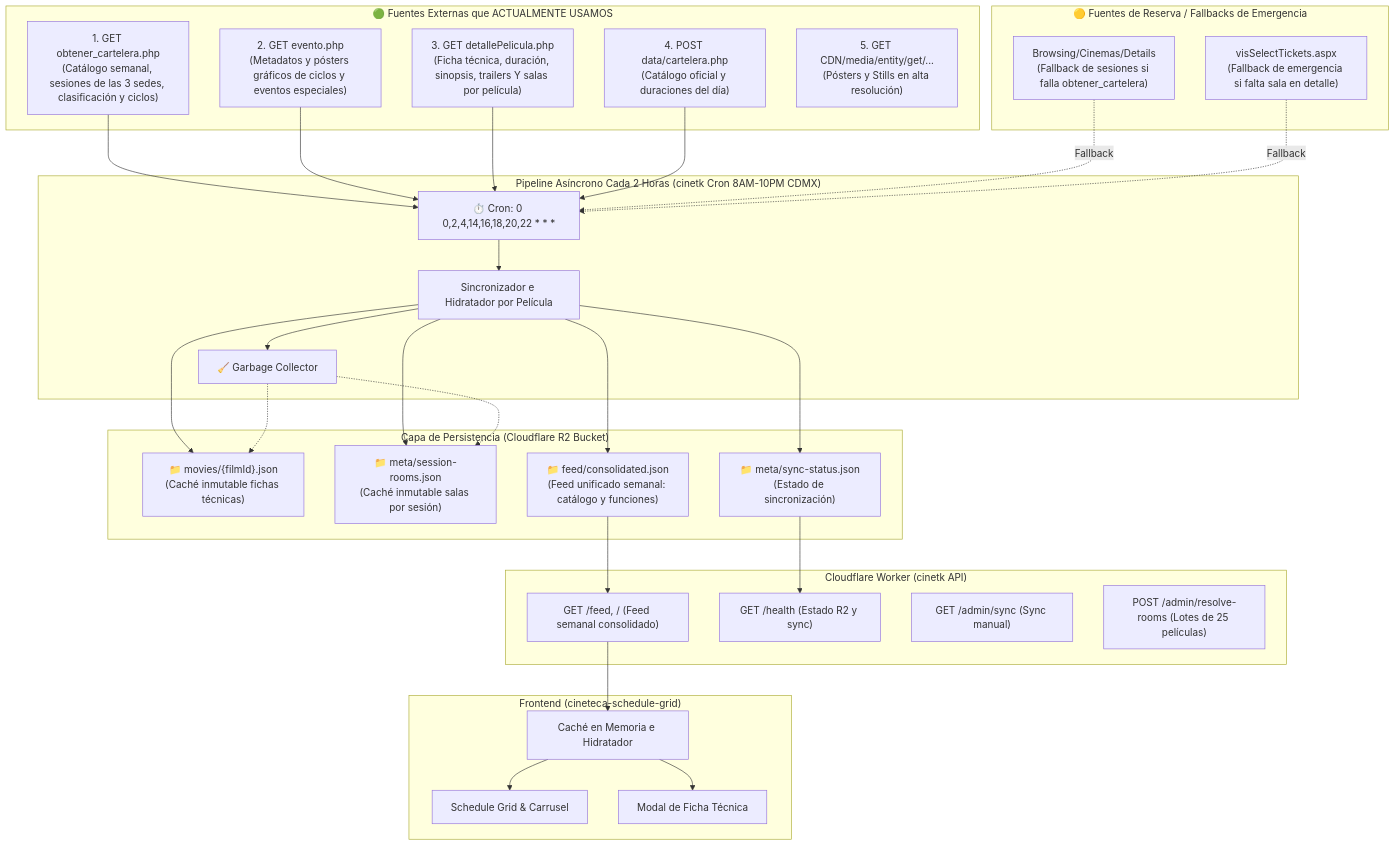
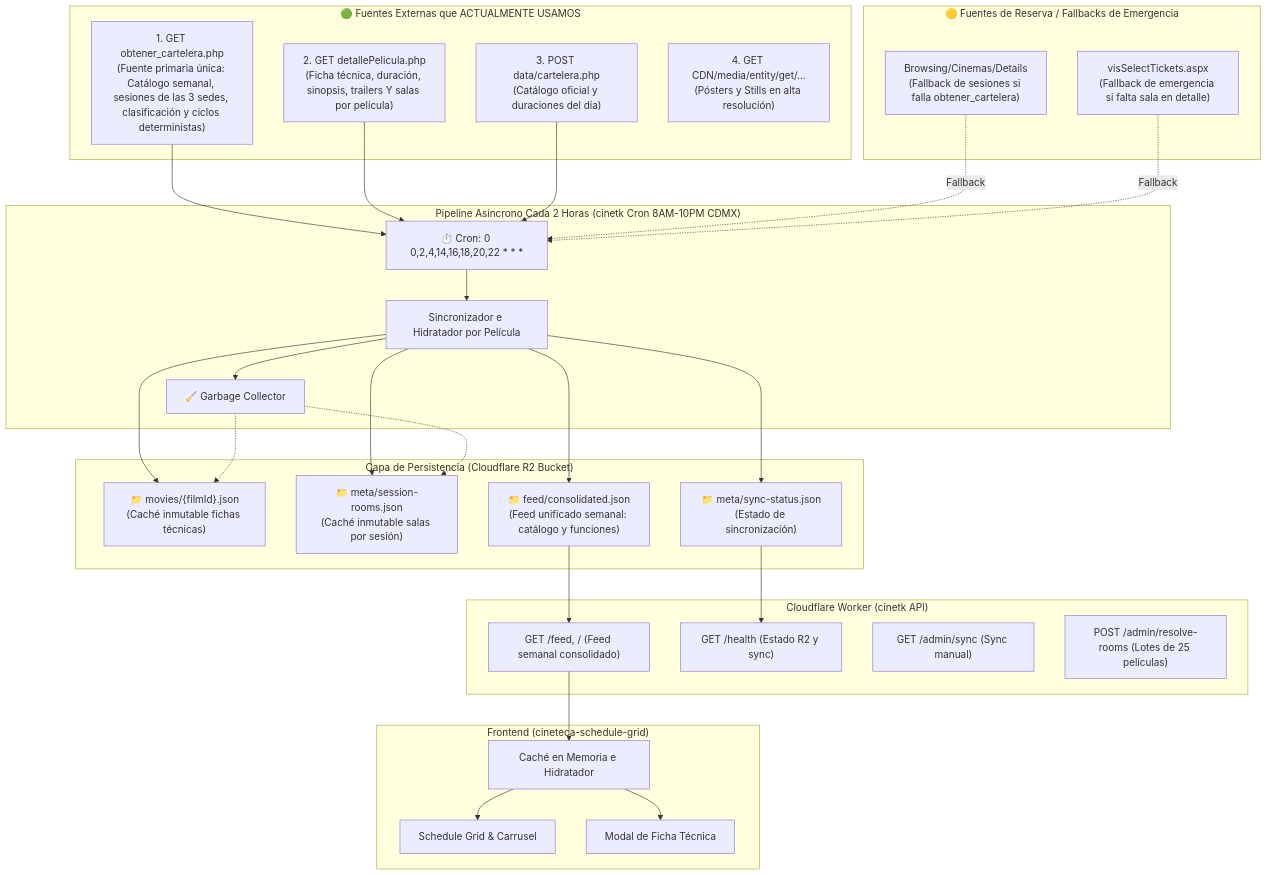
One commit to jjsantos01/cineteca-schedule-grid changed the diagram in worker/DATA.md. Above: the diagram before and after it, drawn with Mermaid. The commit also changed other lines of this file and 5 other files, not shown here.

````diff
--- a/worker/DATA.md
+++ b/worker/DATA.md
@@ -9,53 +9,52 @@
 ```mermaid
 flowchart TD
     subgraph "🟢 Fuentes Externas que ACTUALMENTE USAMOS"
-        F1["1. GET obtener_cartelera.php<br>(Catálogo semanal, sesiones de las 3 sedes, clasificación y ciclos)"]
-        F2["2. GET evento.php<br>(Metadatos y pósters gráficos de ciclos y eventos especiales)"]
-        F3["3. GET detallePelicula.php<br>(Ficha técnica, duración, sinopsis, trailers Y salas por película)"]
-        F4["4. POST data/cartelera.php<br>(Catálogo oficial y duraciones del día)"]
-        F5["5. GET CDN/media/entity/get/...<br>(Pósters y Stills en alta resolución)"]
+        F1["1. GET obtener_cartelera.php<br>(Fuente primaria única: Catálogo semanal, sesiones de las 3 sedes, clasificación y ciclos deterministas)"]
+        F2["2. GET detallePelicula.php<br>(Ficha técnica, duración, sinopsis, trailers Y salas por película)"]
+        F3["3. POST data/cartelera.php<br>(Catálogo oficial y duraciones del día)"]
+        F4["4. GET CDN/media/entity/get/...<br>(Pósters y Stills en alta resolución)"]
     end
 
     subgraph "🟡 Fuentes de Reserva / Fallbacks de Emergencia"
         FB1["Browsing/Cinemas/Details<br>(Fallback de sesiones si falla obtener_cartelera)"]
         FB2["visSelectTickets.aspx<br>(Fallback de emergencia si falta sala en detalle)"]
     end
 
     subgraph "Pipeline Asíncrono Cada 2 Horas (cinetk Cron 8AM-10PM CDMX)"
         Cron["⏱️ Cron: 0 0,2,4,14,16,18,20,22 * * *"]
-        F1 & F2 & F3 & F4 --> Cron
+        F1 & F2 & F3 --> Cron
         FB1 -. Fallback .-> Cron
         FB2 -. Fallback .-> Cron
         Cron --> Sync["Sincronizador e Hidratador por Película"]
         Sync --> GC["🧹 Garbage Collector"]
     end
 
     subgraph "Capa de Persistencia (Cloudflare R2 Bucket)"
         R2_MOV["📁 movies/{filmId}.json<br>(Caché inmutable fichas técnicas)"]
         R2_SES["📁 meta/session-rooms.json<br>(Caché inmutable salas por sesión)"]
         R2_FEED["📁 feed/consolidated.json<br>(Feed unificado semanal: catálogo y funciones)"]
         R2_META["📁 meta/sync-status.json<br>(Estado de sincronización)"]
     end
 
     Sync --> R2_MOV & R2_SES & R2_FEED & R2_META
     GC -.-> R2_MOV & R2_SES
 
     subgraph "Cloudflare Worker (cinetk API)"
         W_FEED["GET /feed, / (Feed semanal consolidado)"]
         W_HL["GET /health (Estado R2 y sync)"]
         W_ADM["GET /admin/sync (Sync manual)"]
         W_RES["POST /admin/resolve-rooms (Lotes de 25 películas)"]
     end
 
     R2_FEED --> W_FEED
     R2_META --> W_HL
 
     subgraph "Frontend (cineteca-schedule-grid)"
         UI_Store["Caché en Memoria e Hidratador"]
         UI_Grid["Schedule Grid & Carrusel"]
         UI_Modal["Modal de Ficha Técnica"]
     end
 
     W_FEED --> UI_Store
     UI_Store --> UI_Grid & UI_Modal
 ```
````
